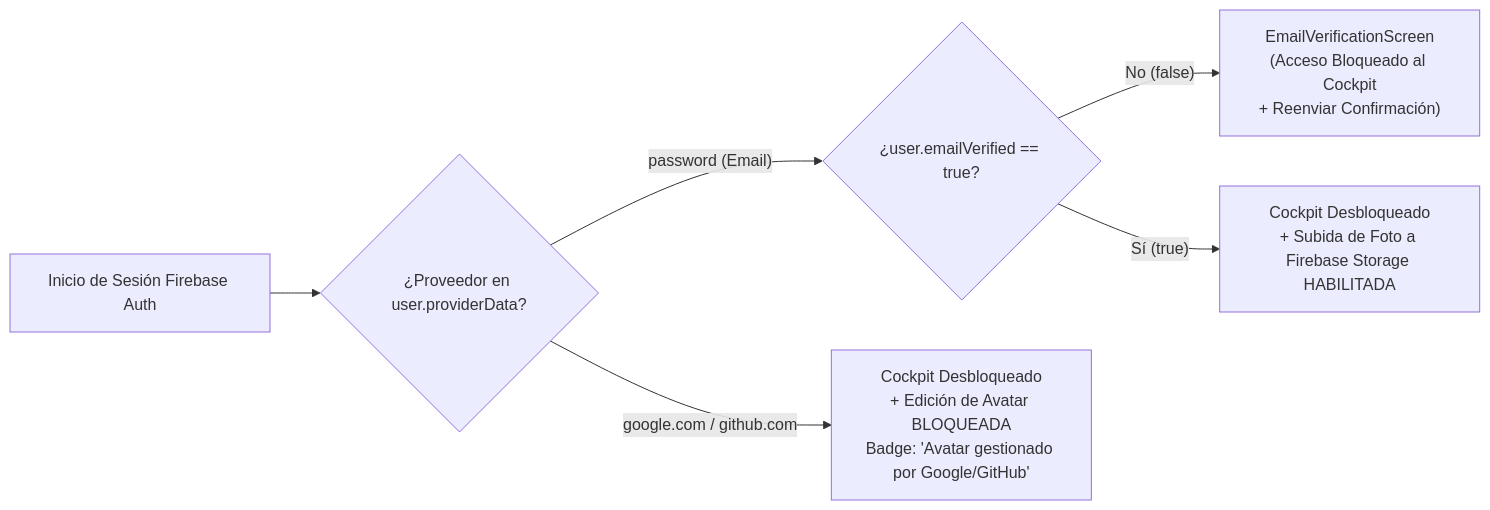
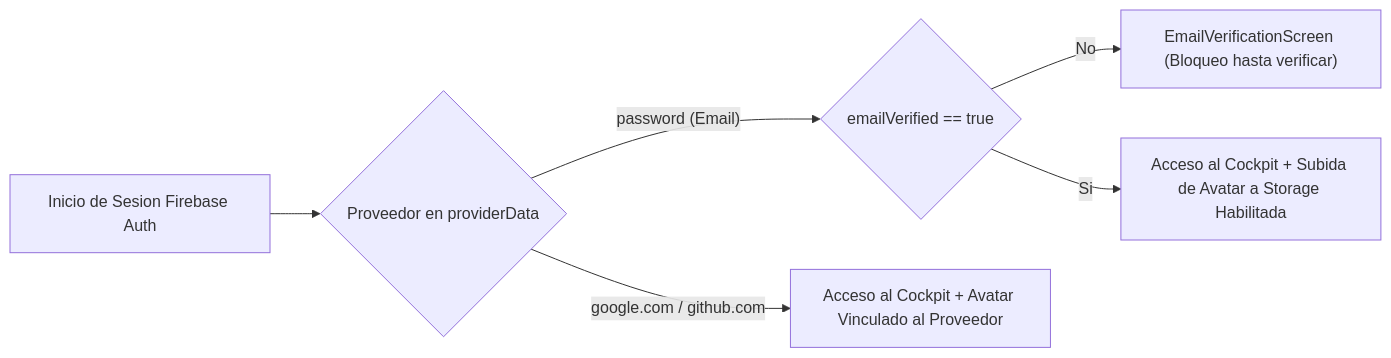
One commit to MidKnight458/RS-Digital-Cockpit changed the second of 4 diagrams in REPORTE_TECNICO.md. Above: the diagram before and after it, drawn with Mermaid. The commit also changed other lines of this file, not shown here.

Commit message:
docs(report): update complete technical report with final RS Digital Cockpit architecture, sensors, development process and conclusions

````diff
--- a/REPORTE_TECNICO.md
+++ b/REPORTE_TECNICO.md
@@ -139,9 +159,8 @@
 ```mermaid
 flowchart LR
-    LOGIN["Inicio de Sesión Firebase Auth"] --> CHECK_PROV{"¿Proveedor en user.providerData?"}
-    CHECK_PROV -->|"password (Email)"| VERIFY_GATE{"¿user.emailVerified == true?"}
-    VERIFY_GATE -->|"No (false)"| BLOCK_SCREEN["EmailVerificationScreen\n(Acceso Bloqueado al Cockpit\n+ Reenviar Confirmación)"]
-    VERIFY_GATE -->|"Sí (true)"| ALLOW_AVATAR["Cockpit Desbloqueado\n+ Subida de Foto a Firebase Storage HABILITADA"]
-
-    CHECK_PROV -->|"google.com / github.com"| OAUTH_LOCK["Cockpit Desbloqueado\n+ Edición de Avatar BLOQUEADA\nBadge: 'Avatar gestionado por Google/GitHub'"]
+    LOGIN["Inicio de Sesion Firebase Auth"] --> PROV{"Proveedor en providerData"}
+    PROV -->|"password (Email)"| VERIFY{"emailVerified == true"}
+    VERIFY -->|"No"| GATE["EmailVerificationScreen (Bloqueo hasta verificar)"]
+    VERIFY -->|"Si"| EMAIL_OK["Acceso al Cockpit + Subida de Avatar a Storage Habilitada"]
+    PROV -->|"google.com / github.com"| OAUTH_OK["Acceso al Cockpit + Avatar Vinculado al Proveedor"]
 ```
````
